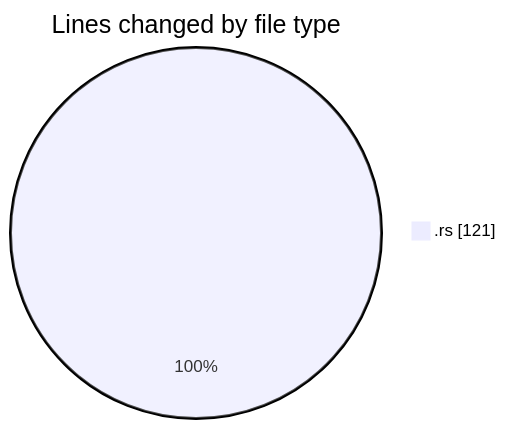
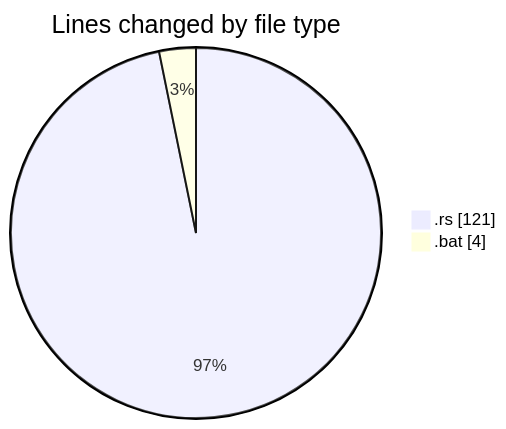
Before and after one commit to Ritupan-Deka/code-tracking: the first of 2 diagrams in 2025-06-22/command-line-file-folder-search-tool/README.md, drawn with Mermaid. The commit also changed other lines of this file and 1 other file, not shown here.

````diff
--- a/2025-06-22/command-line-file-folder-search-tool/README.md
+++ b/2025-06-22/command-line-file-folder-search-tool/README.md
@@ -20,5 +21,6 @@
 ```mermaid
 pie showData
 title Lines changed by file type
 ".rs" : 121
+".bat" : 4
 ```
````
